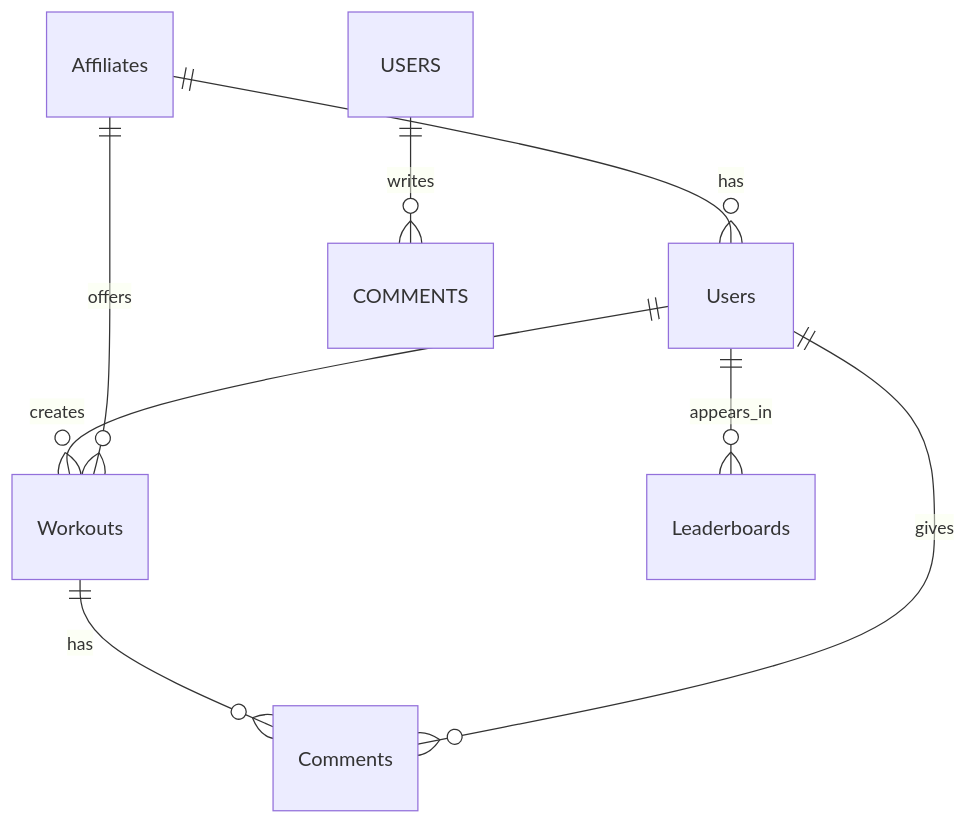
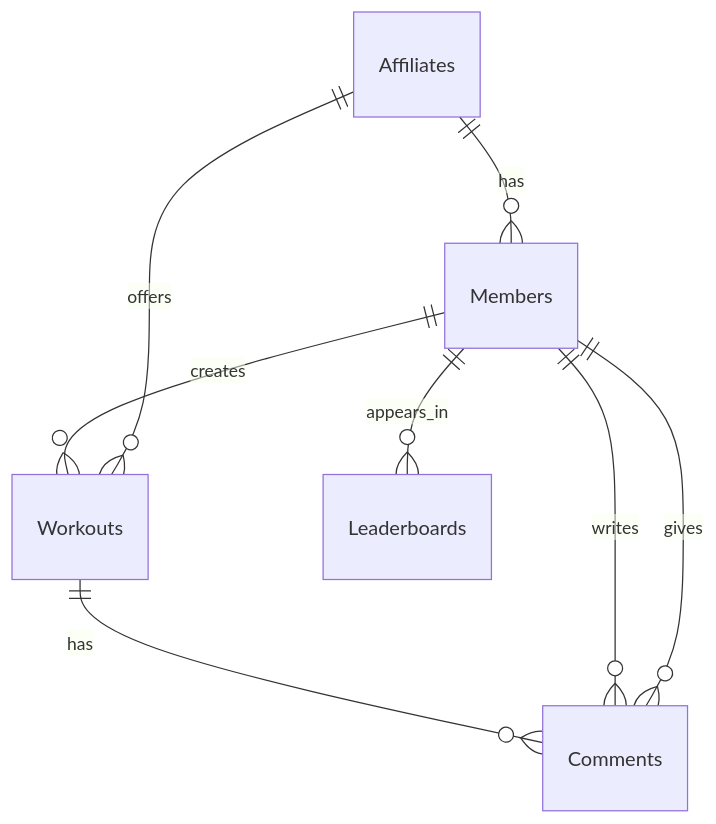
One commit to ShaneMillar96/FitBuddy changed the first of 2 diagrams in README.md. Above: the diagram before and after it, drawn with Mermaid.

````diff
--- a/README.md
+++ b/README.md
@@ -47,11 +47,11 @@
 ```mermaid
 %%{init: {'theme':'default'}}%%
 erDiagram
-    Users ||--o{ Workouts : creates
-    Affiliates ||--o{ Users : has
+    Members ||--o{ Workouts : creates
+    Affiliates ||--o{ Members : has
     Affiliates ||--o{ Workouts : offers
     Workouts ||--o{ Comments : has
-    USERS ||--o{ COMMENTS : writes
-    Users ||--o{ Comments : gives
-    Users ||--o{ Leaderboards : appears_in
+    Members ||--o{ Comments : writes
+    Members ||--o{ Comments : gives
+    Members ||--o{ Leaderboards : appears_in
 ```
````
